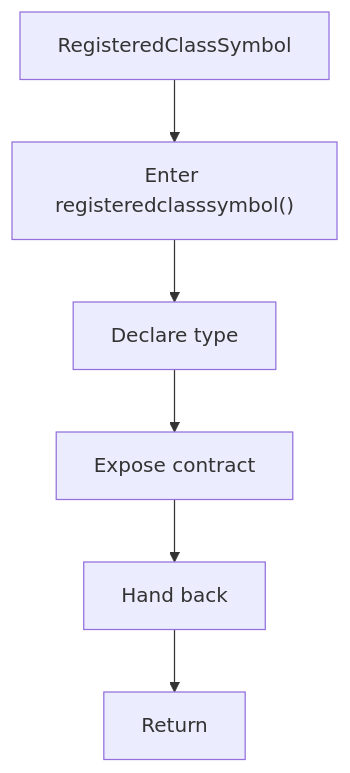
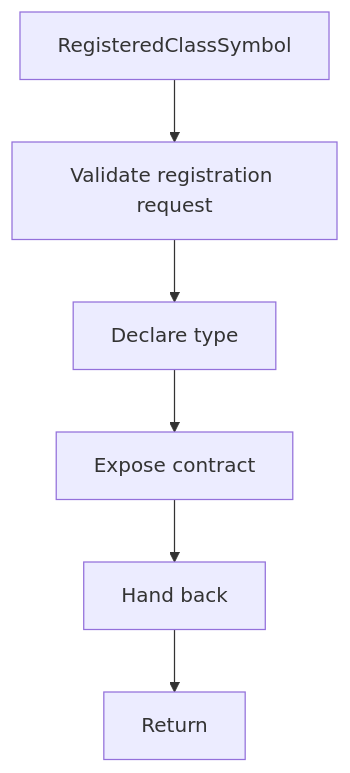
One commit to JohnAndrewBalbarosa/NeoTerritory changed the diagram in docs/Codebase/Microservice/Modules/Header/SyntacticBrokenAST/Trees/Actual/Internal/Flow/functions/registeredclasssymbol.hpp.md. Above: the diagram before and after it, drawn with Mermaid. The commit also changed other lines of this file and 915 other files, not shown here.

````diff
--- a/docs/Codebase/Microservice/Modules/Header/SyntacticBrokenAST/Trees/Actual/Internal/Flow/functions/registeredclasssymbol.hpp.md
+++ b/docs/Codebase/Microservice/Modules/Header/SyntacticBrokenAST/Trees/Actual/Internal/Flow/functions/registeredclasssymbol.hpp.md
@@ -16,14 +16,14 @@
 ```mermaid
 flowchart TD
     Start["RegisteredClassSymbol"]
-    N0["Enter registeredclasssymbol()"]
+    N0["Validate registration request"]
     N1["Declare type"]
     N2["Expose contract"]
     N3["Hand back"]
     End["Return"]
     Start --> N0
     N0 --> N1
     N1 --> N2
     N2 --> N3
     N3 --> End
 ```
````
